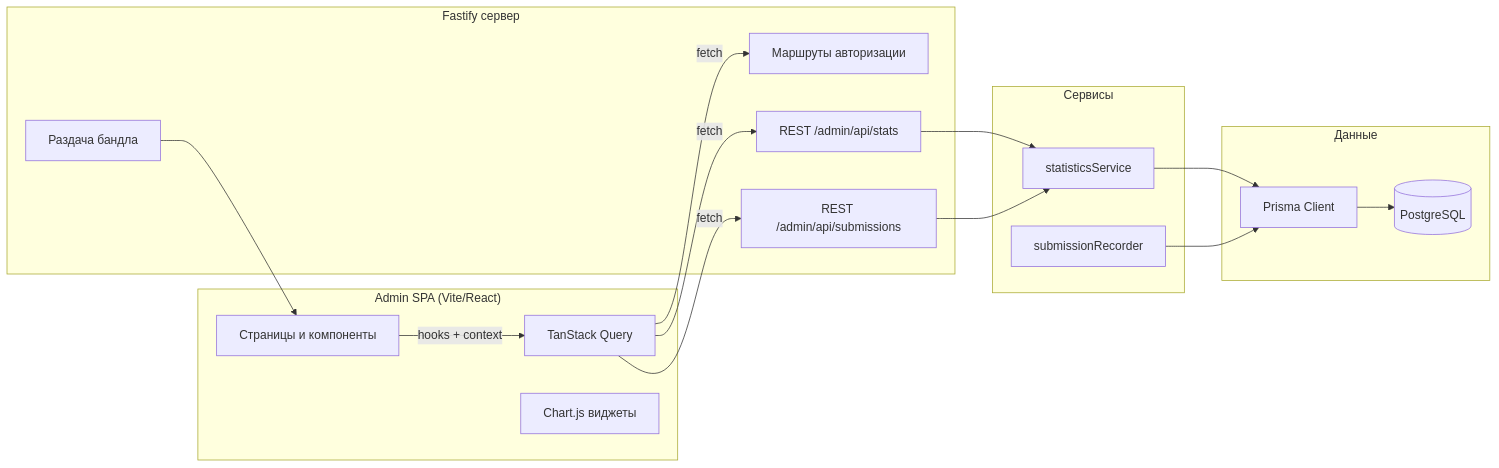
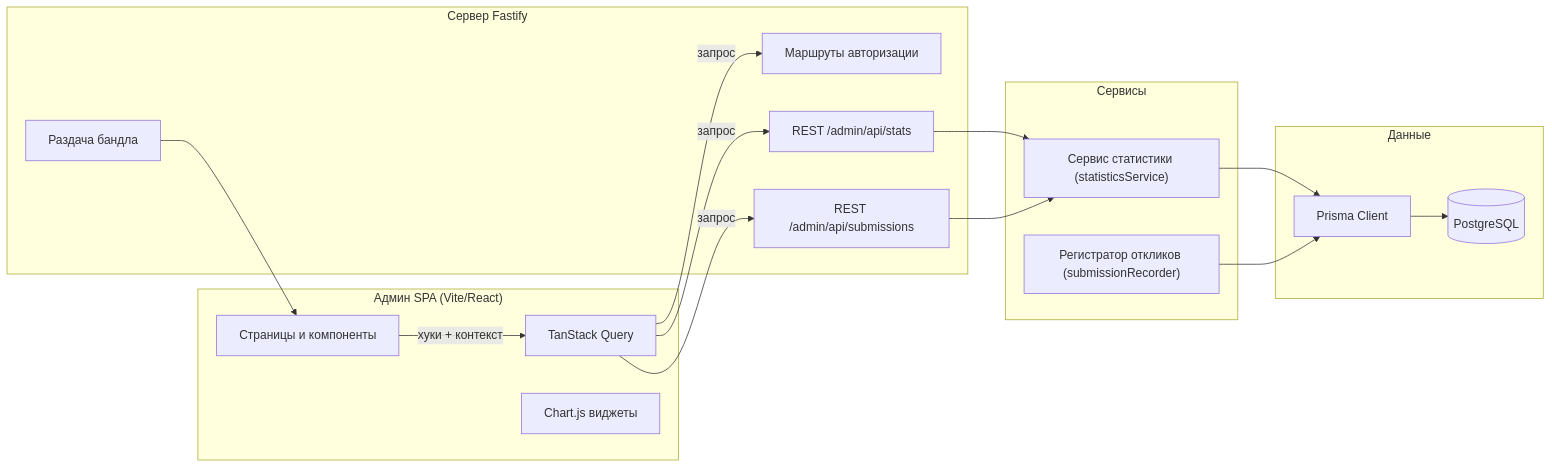
Before and after one commit to kotru21/bsuir: the first of 7 diagrams in README.md, drawn with Mermaid. The commit also changed other lines of this file, not shown here.

````diff
--- a/README.md
+++ b/README.md
@@ -54,36 +54,36 @@
 ```mermaid
 flowchart LR
-   subgraph Browser["Admin SPA (Vite/React)"]
+   subgraph Browser["Админ SPA (Vite/React)"]
       UI["Страницы и компоненты"]
       Query["TanStack Query"]
       Charts["Chart.js виджеты"]
    end
 
-   subgraph Fastify["Fastify сервер"]
+   subgraph Fastify["Сервер Fastify"]
       Auth["Маршруты авторизации"]
       Stats["REST /admin/api/stats"]
       Subs["REST /admin/api/submissions"]
       StaticServ["Раздача бандла"]
    end
 
    subgraph Services["Сервисы"]
-      StatSvc["statisticsService"]
-      SubRec["submissionRecorder"]
+      StatSvc["Сервис статистики (statisticsService)"]
+      SubRec["Регистратор откликов (submissionRecorder)"]
    end
 
    subgraph DataLayer["Данные"]
       Prisma["Prisma Client"]
       PG[(PostgreSQL)]
    end
 
-   UI -->|hooks + context| Query
-   Query -->|fetch| Auth
-   Query -->|fetch| Stats
-   Query -->|fetch| Subs
+   UI -->|хуки + контекст| Query
+   Query -->|запрос| Auth
+   Query -->|запрос| Stats
+   Query -->|запрос| Subs
    StaticServ --> UI
    Stats --> StatSvc
    Subs --> StatSvc
    StatSvc --> Prisma
    SubRec --> Prisma
    Prisma --> PG
 ```
````
